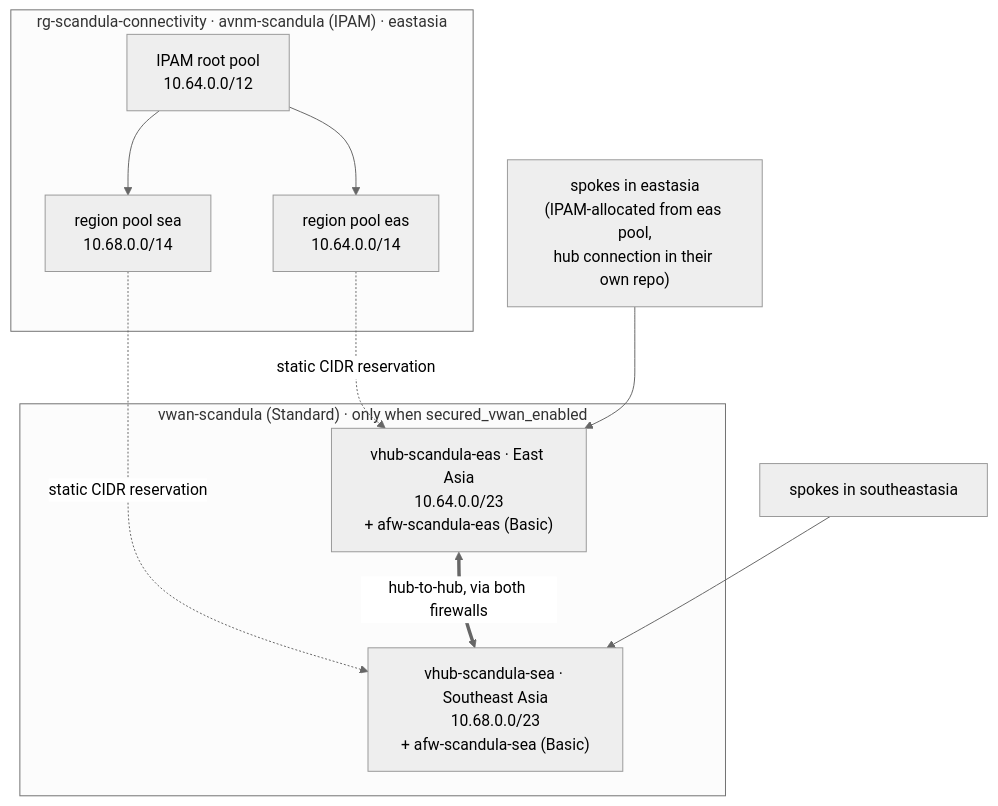
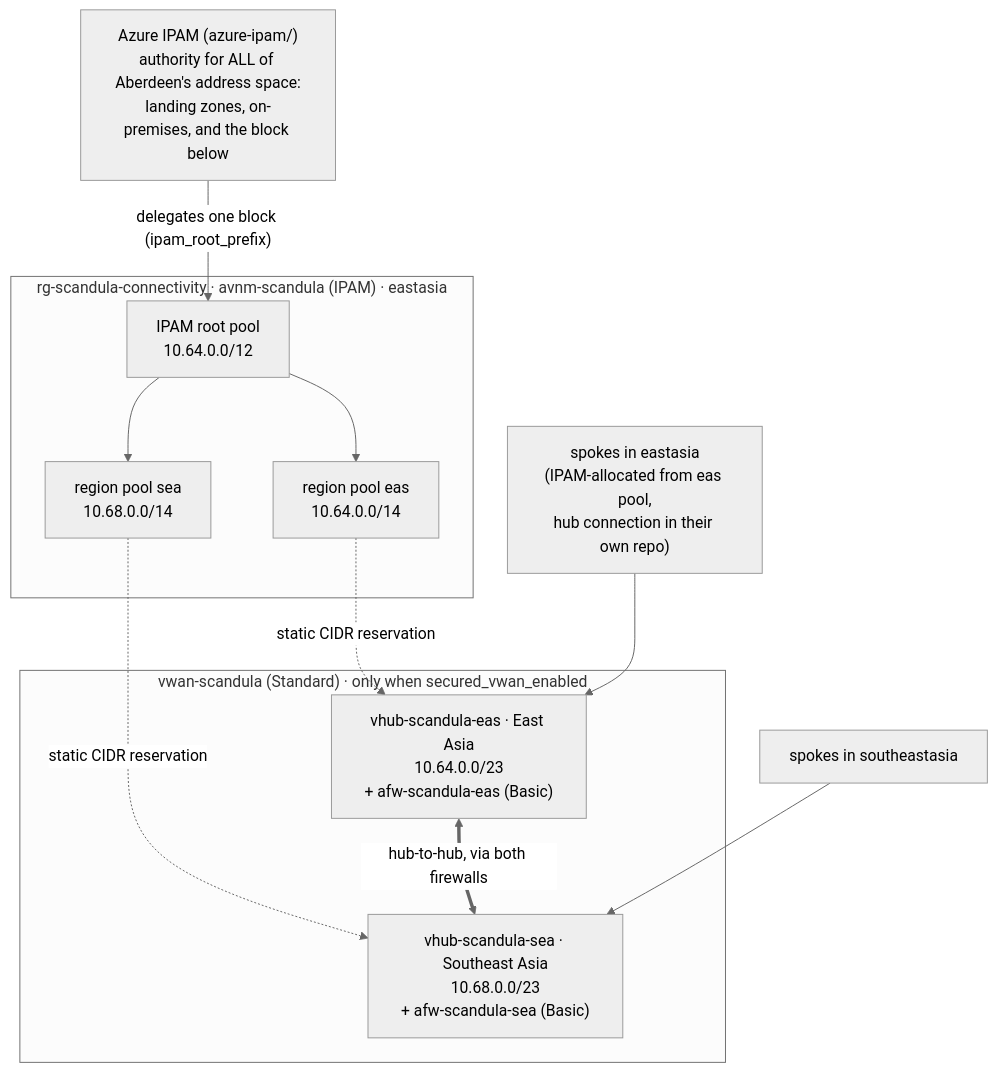
One commit to benoitnvl/scandula changed the diagram in docs/design.md. Above: the diagram before and after it, drawn with Mermaid (neutral theme). The commit also changed other lines of this file and 3 other files, not shown here.

First line of the commit message:
docs: Azure IPAM is the authority; AVNM owns one delegated block (#21)

````diff
--- a/docs/design.md
+++ b/docs/design.md
@@ -5,22 +5,26 @@
 ```mermaid
 flowchart TB
+  azipam["Azure IPAM (azure-ipam/)<br/>authority for ALL of Aberdeen's address space:<br/>landing zones, on-premises, and the block below"]
+
   subgraph cp["rg-scandula-connectivity · avnm-scandula (IPAM) · eastasia"]
     root["IPAM root pool<br/>10.64.0.0/12"]
     easPool["region pool eas<br/>10.64.0.0/14"]
     seaPool["region pool sea<br/>10.68.0.0/14"]
     root --> easPool
     root --> seaPool
   end
 
   subgraph vwan["vwan-scandula (Standard) · only when secured_vwan_enabled"]
     hubEas["vhub-scandula-eas · East Asia<br/>10.64.0.0/23<br/>+ afw-scandula-eas (Basic)"]
     hubSea["vhub-scandula-sea · Southeast Asia<br/>10.68.0.0/23<br/>+ afw-scandula-sea (Basic)"]
     hubEas <== "hub-to-hub, via both firewalls" ==> hubSea
   end
 
+  azipam -- "delegates one block (ipam_root_prefix)" --> root
+
   easPool -. "static CIDR reservation" .-> hubEas
   seaPool -. "static CIDR reservation" .-> hubSea
 
   spokesEas["spokes in eastasia<br/>(IPAM-allocated from eas pool,<br/>hub connection in their own repo)"] --> hubEas
   spokesSea["spokes in southeastasia"] --> hubSea
 ```
````
